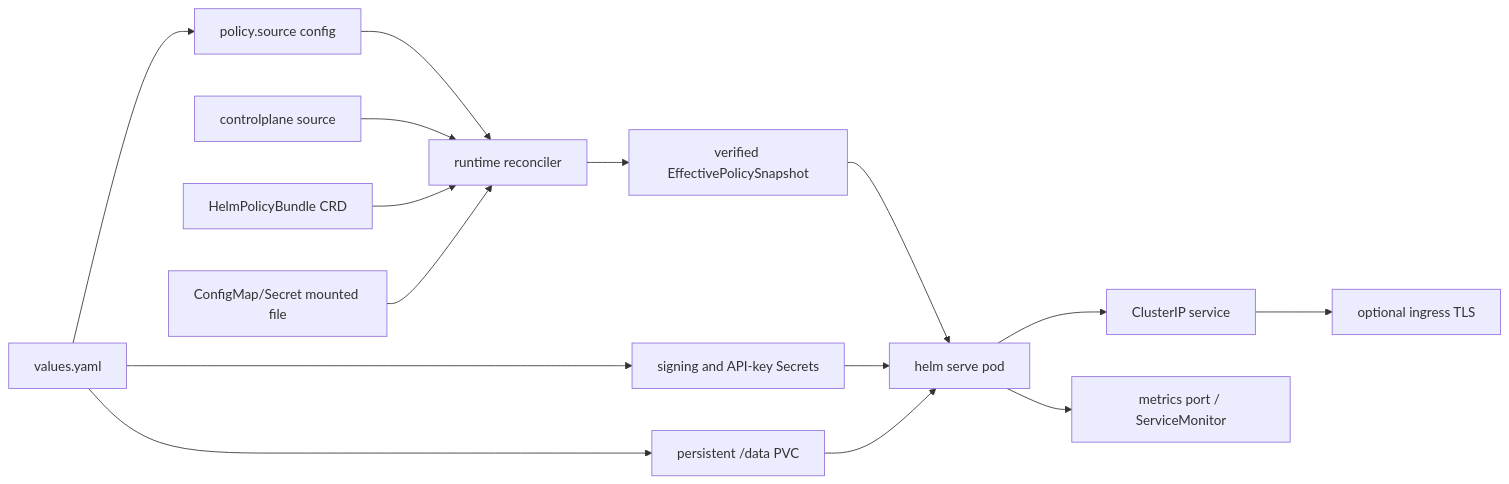
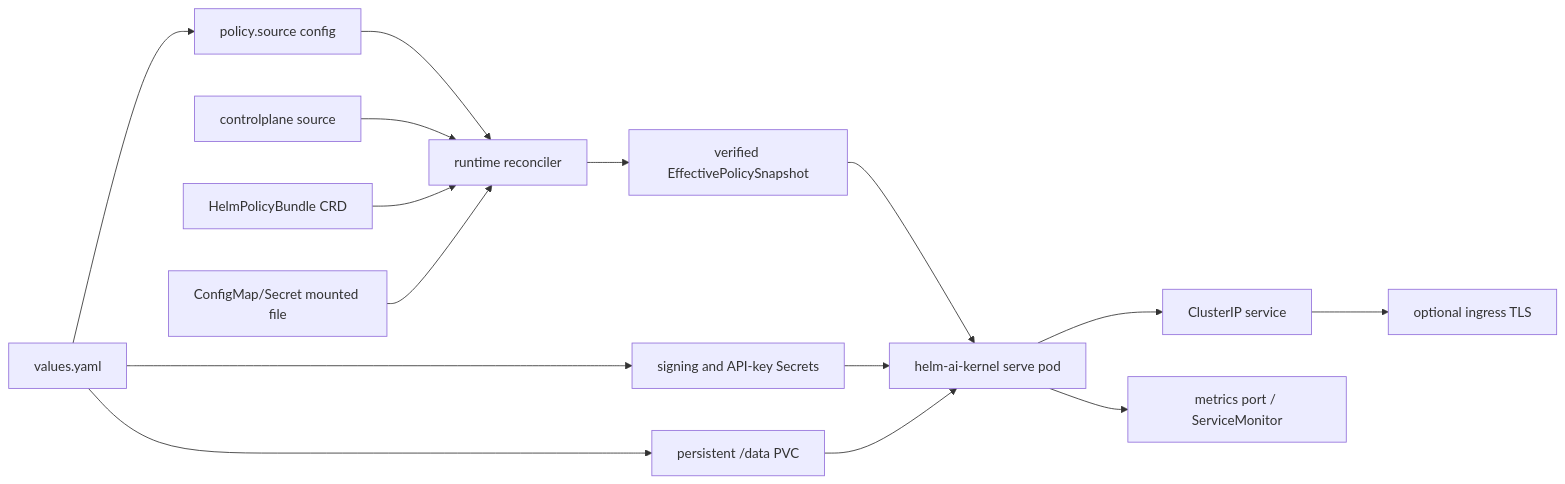
Before and after one commit to Mindburn-Labs/helm-ai-kernel: the diagram in docs/KUBERNETES_DEPLOYMENT.md, drawn with Mermaid. The commit also changed other lines of this file and 966 other files, not shown here.

First line of the commit message:
chore: complete helm-ai-kernel rename (#138)

````diff
--- a/docs/KUBERNETES_DEPLOYMENT.md
+++ b/docs/KUBERNETES_DEPLOYMENT.md
@@ -24,17 +24,17 @@
 ```mermaid
 flowchart LR
   Values["values.yaml"] --> Source["policy.source config"]
   Source --> Runtime["runtime reconciler"]
   ControlPlane["controlplane source"] --> Runtime
   CRD["HelmPolicyBundle CRD"] --> Runtime
   Mounted["ConfigMap/Secret mounted file"] --> Runtime
   Runtime --> Snapshot["verified EffectivePolicySnapshot"]
   Values --> Secrets["signing and API-key Secrets"]
   Values --> PVC["persistent /data PVC"]
-  Snapshot --> Pod["helm serve pod"]
+  Snapshot --> Pod["helm-ai-kernel serve pod"]
   Secrets --> Pod
   PVC --> Pod
   Pod --> Service["ClusterIP service"]
   Service --> Ingress["optional ingress TLS"]
   Pod --> Metrics["metrics port / ServiceMonitor"]
 ```
````
